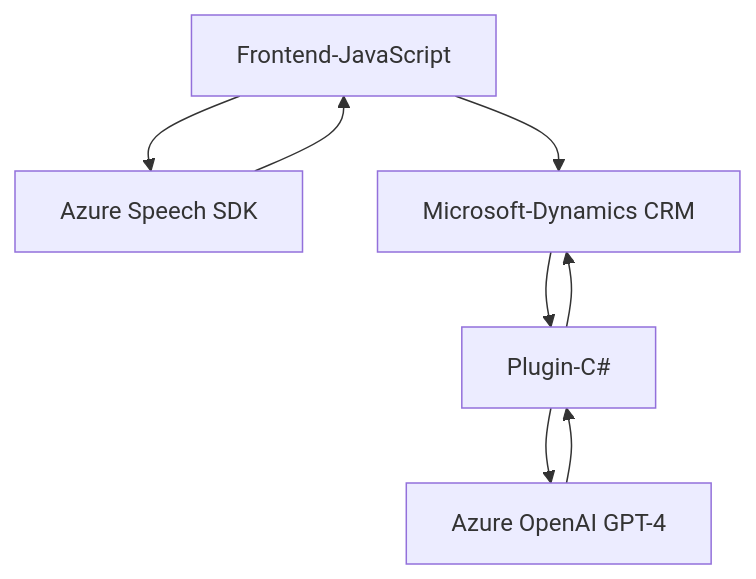
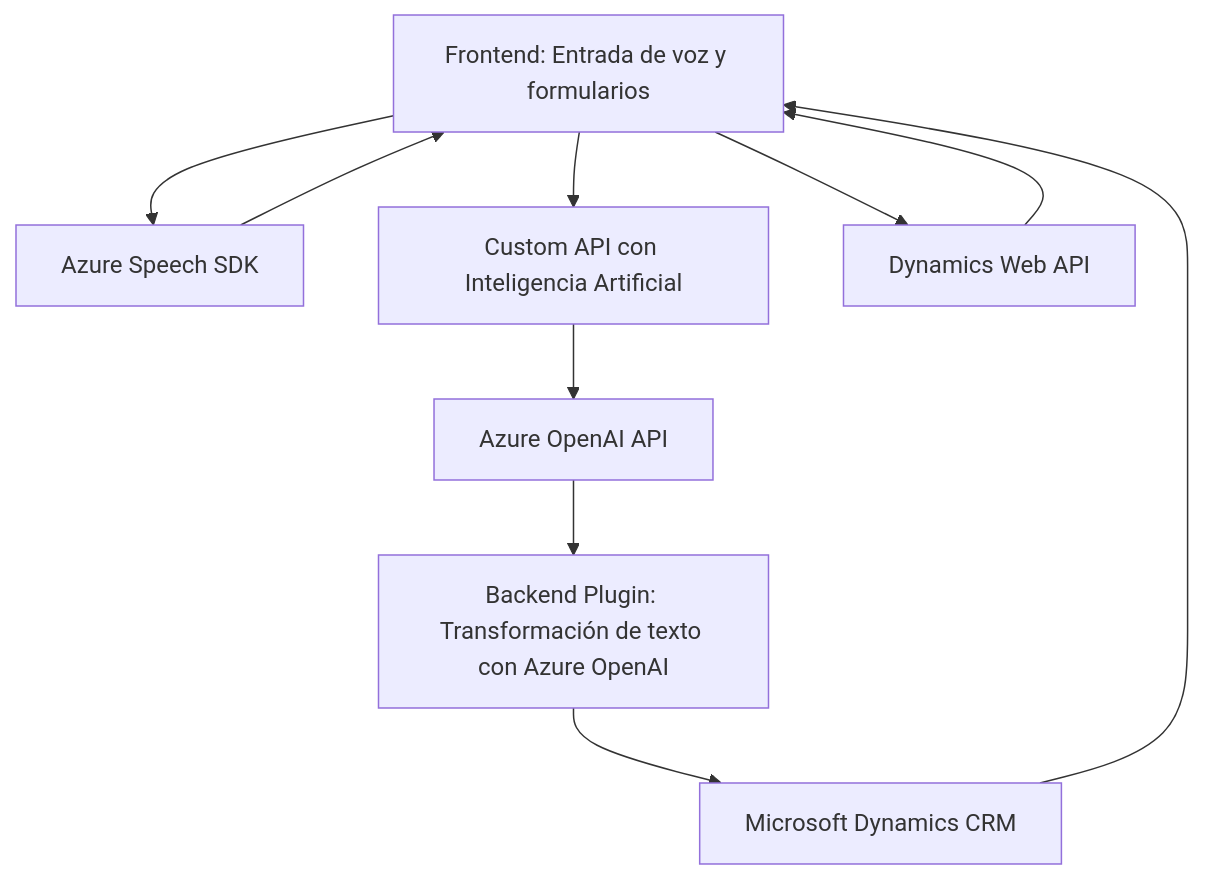
One commit to blopezdm/NETCORE_BILBAO2025 changed the diagram in README.md. Above: the diagram before and after it, drawn with Mermaid. The commit also changed other lines of this file, not shown here.

Commit message:
Actualizar análisis global de la solución con IA

````diff
--- a/README.md
+++ b/README.md
@@ -65,16 +44,20 @@
 ```mermaid
 graph TD
-    A["Frontend-JavaScript"]
+    A["Frontend: Entrada de voz y formularios"]
     B["Azure Speech SDK"]
-    C["Microsoft-Dynamics CRM"]
-    D["Plugin-C#"]
-    E["Azure OpenAI GPT-4"]
+    C["Custom API con Inteligencia Artificial"]
+    D["Dynamics Web API"]
+    E["Backend Plugin: Transformación de texto con Azure OpenAI"]
+    F["Azure OpenAI API"]
+    G["Microsoft Dynamics CRM"]
 
     A --> B
     A --> C
+    A --> D
+    C --> F
     B --> A
-    C --> D
-    D --> E
-    E --> D
-    D --> C
+    D --> A
+    F --> E
+    E --> G
+    G --> A
 ```
````
